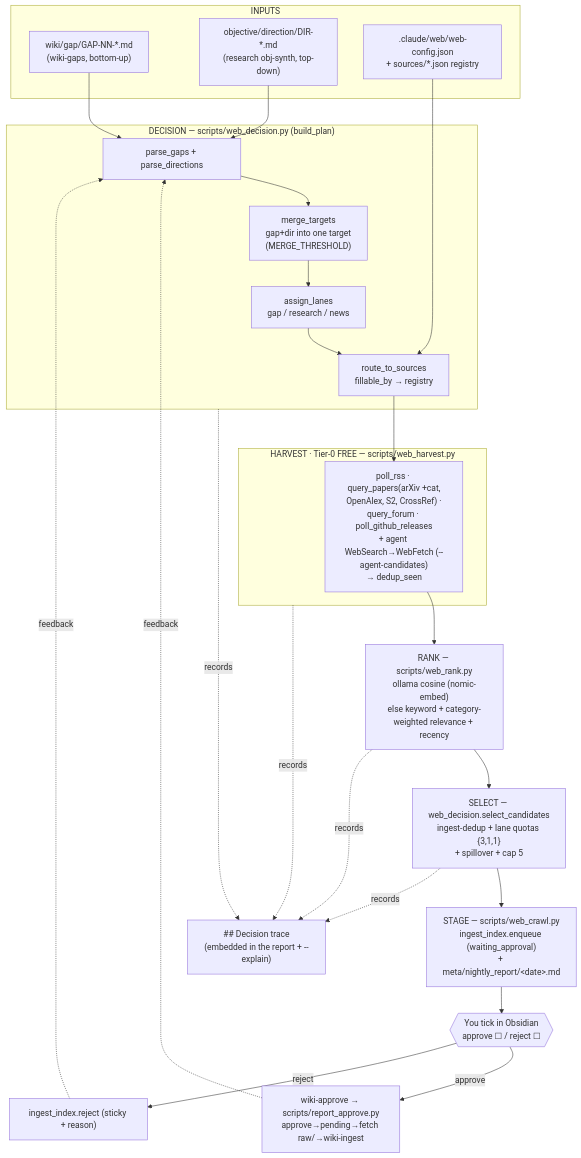
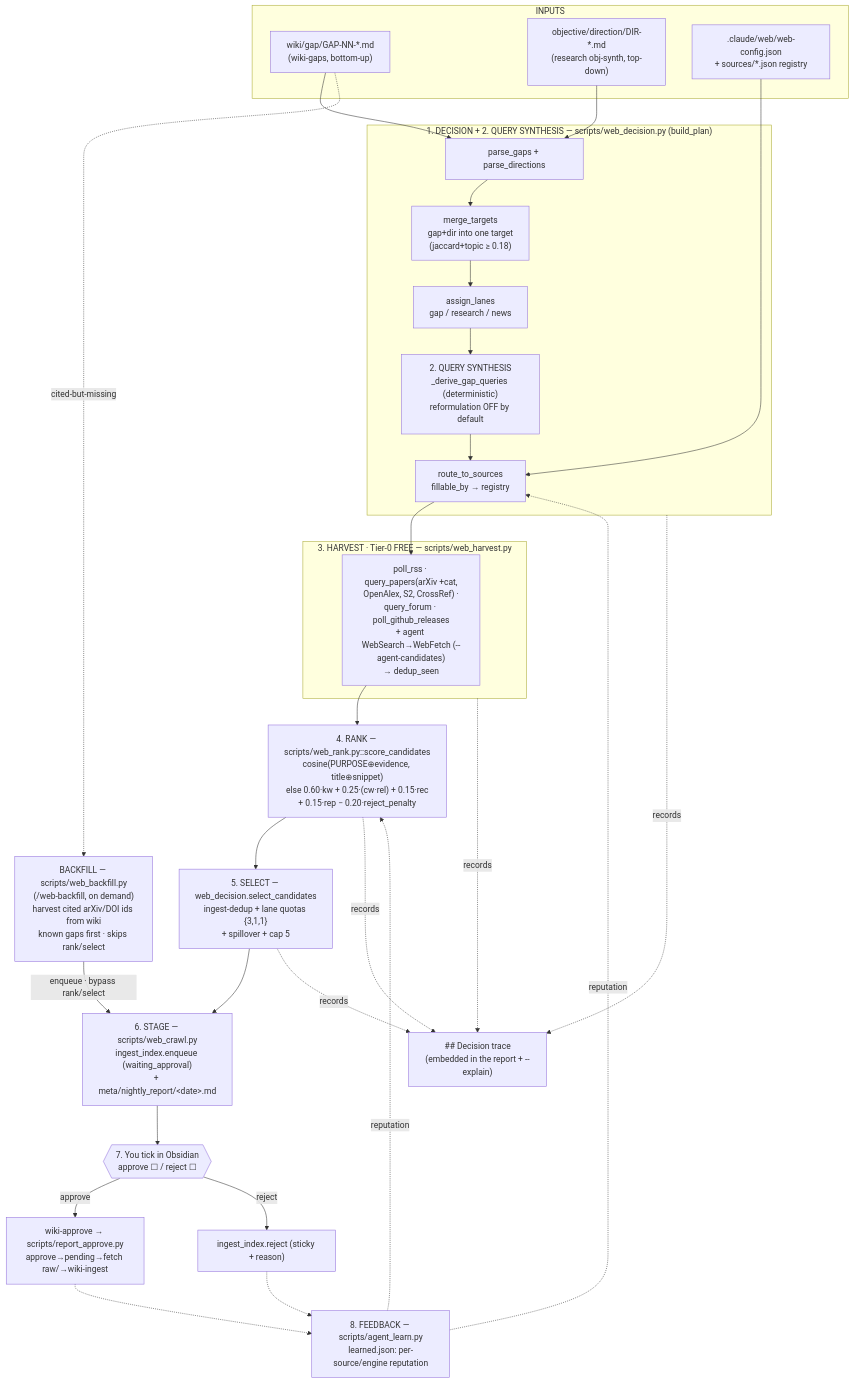
One commit to jjpietrak/secondbrain changed the diagram in docs/web-agent-workflow.md. Above: the diagram before and after it, drawn with Mermaid. The commit also changed other lines of this file, not shown here.

First line of the commit message:
docs: add scoring formula + backfill path + feedback loop to web-agent-workflow

````diff
--- a/docs/web-agent-workflow.md
+++ b/docs/web-agent-workflow.md
@@ -16,41 +21,48 @@
 ```mermaid
 flowchart TD
   subgraph IN["INPUTS"]
     G["wiki/gap/GAP-NN-*.md<br/>(wiki-gaps, bottom-up)"]
     D["objective/direction/DIR-*.md<br/>(research obj-synth, top-down)"]
     CFG[".claude/web/web-config.json<br/>+ sources/*.json registry"]
   end
 
-  subgraph DEC["DECISION — scripts/web_decision.py (build_plan)"]
+  subgraph DEC["1. DECISION + 2. QUERY SYNTHESIS — scripts/web_decision.py (build_plan)"]
     P["parse_gaps + parse_directions"]
-    M["merge_targets<br/>gap+dir into one target<br/>(MERGE_THRESHOLD)"]
+    M["merge_targets<br/>gap+dir into one target<br/>(jaccard+topic ≥ 0.18)"]
     L["assign_lanes<br/>gap / research / news"]
+    QS["2. QUERY SYNTHESIS<br/>_derive_gap_queries (deterministic)<br/>reformulation OFF by default"]
     R["route_to_sources<br/>fillable_by → registry"]
-    P --> M --> L --> R
+    P --> M --> L --> QS --> R
   end
 
-  subgraph HARV["HARVEST · Tier-0 FREE — scripts/web_harvest.py"]
+  subgraph HARV["3. HARVEST · Tier-0 FREE — scripts/web_harvest.py"]
     H["poll_rss · query_papers(arXiv +cat,<br/>OpenAlex, S2, CrossRef) ·<br/>query_forum · poll_github_releases<br/>+ agent WebSearch→WebFetch (--agent-candidates)<br/>→ dedup_seen"]
   end
 
-  RK["RANK — scripts/web_rank.py<br/>ollama cosine (nomic-embed)<br/>else keyword + category-weighted relevance + recency"]
-  SEL["SELECT — web_decision.select_candidates<br/>ingest-dedup + lane quotas {3,1,1}<br/>+ spillover + cap 5"]
-  STG["STAGE — scripts/web_crawl.py<br/>ingest_index.enqueue (waiting_approval)<br/>+ meta/nightly_report/&lt;date&gt;.md"]
-  APP{{"You tick in Obsidian<br/>approve ☐ / reject ☐"}}
+  RK["4. RANK — scripts/web_rank.py::score_candidates<br/>cosine(PURPOSE⊕evidence, title⊕snippet)<br/>else 0.60·kw + 0.25·(cw·rel) + 0.15·rec<br/>+ 0.15·rep − 0.20·reject_penalty"]
+  SEL["5. SELECT — web_decision.select_candidates<br/>ingest-dedup + lane quotas {3,1,1}<br/>+ spillover + cap 5"]
+  STG["6. STAGE — scripts/web_crawl.py<br/>ingest_index.enqueue (waiting_approval)<br/>+ meta/nightly_report/&lt;date&gt;.md"]
+  APP{{"7. You tick in Obsidian<br/>approve ☐ / reject ☐"}}
   WA["wiki-approve → scripts/report_approve.py<br/>approve→pending→fetch raw/→wiki-ingest"]
   RJ["ingest_index.reject (sticky + reason)"]
+  BF["BACKFILL — scripts/web_backfill.py<br/>(/web-backfill, on demand)<br/>harvest cited arXiv/DOI ids from wiki<br/>known gaps first · skips rank/select"]
+  LRN["8. FEEDBACK — scripts/agent_learn.py<br/>learned.json: per-source/engine reputation"]
   TR["## Decision trace<br/>(embedded in the report + --explain)"]
 
   G --> P
   D --> P
   CFG --> R
   R --> H --> RK --> SEL --> STG --> APP
   APP -->|approve| WA
   APP -->|reject| RJ
-  WA -.feedback.-> P
-  RJ -.feedback.-> P
+  G -. cited-but-missing .-> BF
+  BF -->|"enqueue · bypass rank/select"| STG
+  WA -.-> LRN
+  RJ -.-> LRN
+  LRN -.reputation.-> RK
+  LRN -.reputation.-> R
   DEC -.records.-> TR
   HARV -.records.-> TR
   RK -.records.-> TR
   SEL -.records.-> TR
 ```
````
